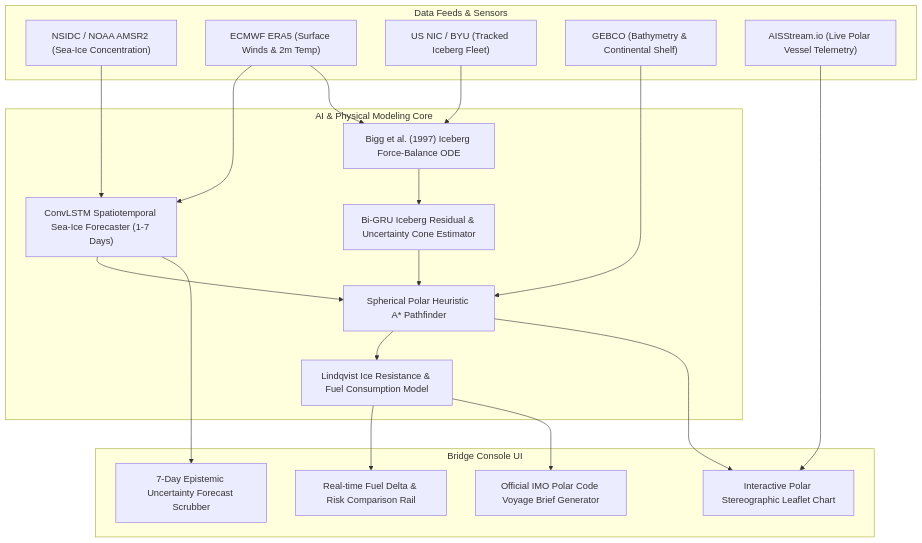
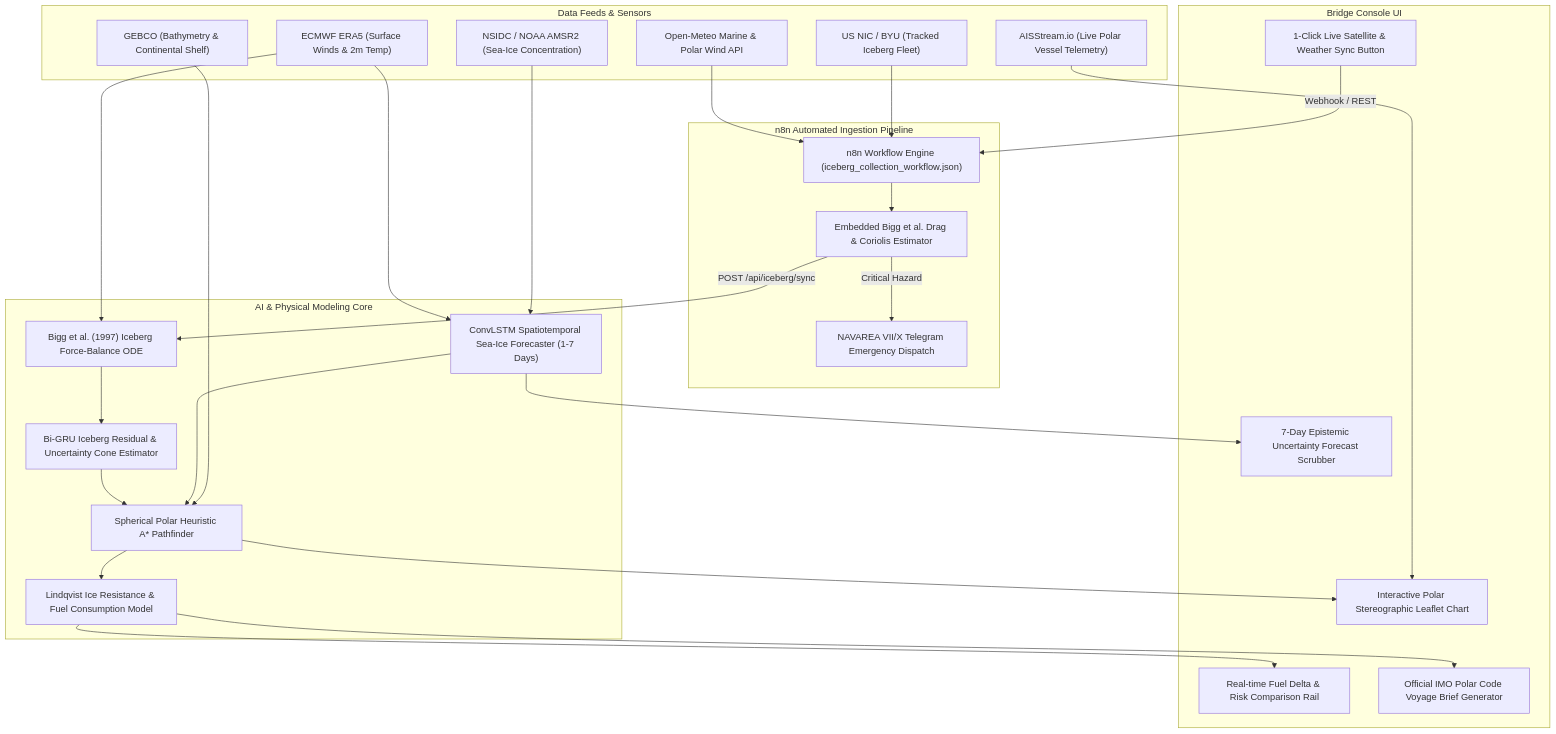
Before and after one commit to mukuld1511-bit/Antarctic-IceBerg-trajectory-based-route-optimiser: the diagram in README.md, drawn with Mermaid. The commit also changed other lines of this file, not shown here.

````diff
--- a/README.md
+++ b/README.md
@@ -18,42 +19,56 @@
 ```mermaid
 graph TD
     subgraph Data Feeds & Sensors
         NSIDC["NSIDC / NOAA AMSR2 (Sea-Ice Concentration)"]
         ERA5["ECMWF ERA5 (Surface Winds & 2m Temp)"]
         NIC["US NIC / BYU (Tracked Iceberg Fleet)"]
+        METEO["Open-Meteo Marine & Polar Wind API"]
         GEBCO["GEBCO (Bathymetry & Continental Shelf)"]
         AIS["AISStream.io (Live Polar Vessel Telemetry)"]
+    end
+
+    subgraph n8n Automated Ingestion Pipeline
+        N8N["n8n Workflow Engine (iceberg_collection_workflow.json)"]
+        N8N_Physics["Embedded Bigg et al. Drag & Coriolis Estimator"]
+        N8N_Alert["NAVAREA VII/X Telegram Emergency Dispatch"]
     end
 
     subgraph AI & Physical Modeling Core
         ConvLSTM["ConvLSTM Spatiotemporal Sea-Ice Forecaster (1-7 Days)"]
         BiggODE["Bigg et al. (1997) Iceberg Force-Balance ODE"]
         ResidualNet["Bi-GRU Iceberg Residual & Uncertainty Cone Estimator"]
         PolarAStar["Spherical Polar Heuristic A* Pathfinder"]
         Lindqvist["Lindqvist Ice Resistance & Fuel Consumption Model"]
     end
 
     subgraph Bridge Console UI
         ChartDeck["Interactive Polar Stereographic Leaflet Chart"]
         Timeline["7-Day Epistemic Uncertainty Forecast Scrubber"]
         Telemetry["Real-time Fuel Delta & Risk Comparison Rail"]
         VoyageBrief["Official IMO Polar Code Voyage Brief Generator"]
+        SyncBtn["1-Click Live Satellite & Weather Sync Button"]
     end
+
+    NIC --> N8N
+    METEO --> N8N
+    N8N --> N8N_Physics
+    N8N_Physics -->|POST /api/iceberg/sync| BiggODE
+    N8N_Physics -->|Critical Hazard| N8N_Alert
+    SyncBtn -->|Webhook / REST| N8N
 
     NSIDC --> ConvLSTM
     ERA5 --> ConvLSTM
     ERA5 --> BiggODE
-    NIC --> BiggODE
     GEBCO --> PolarAStar
     AIS --> ChartDeck
 
     BiggODE --> ResidualNet
     ConvLSTM --> PolarAStar
     ResidualNet --> PolarAStar
     PolarAStar --> Lindqvist
 
     ConvLSTM --> Timeline
     Lindqvist --> Telemetry
     PolarAStar --> ChartDeck
     Lindqvist --> VoyageBrief
 ```
````
